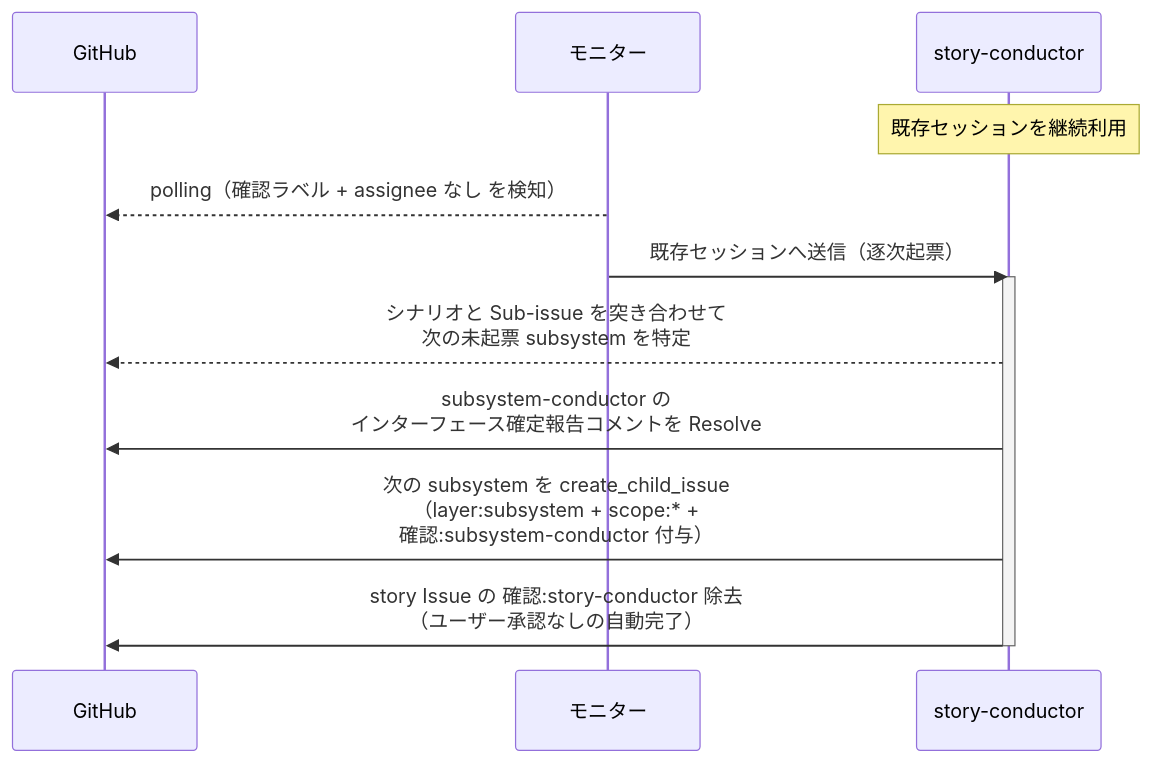
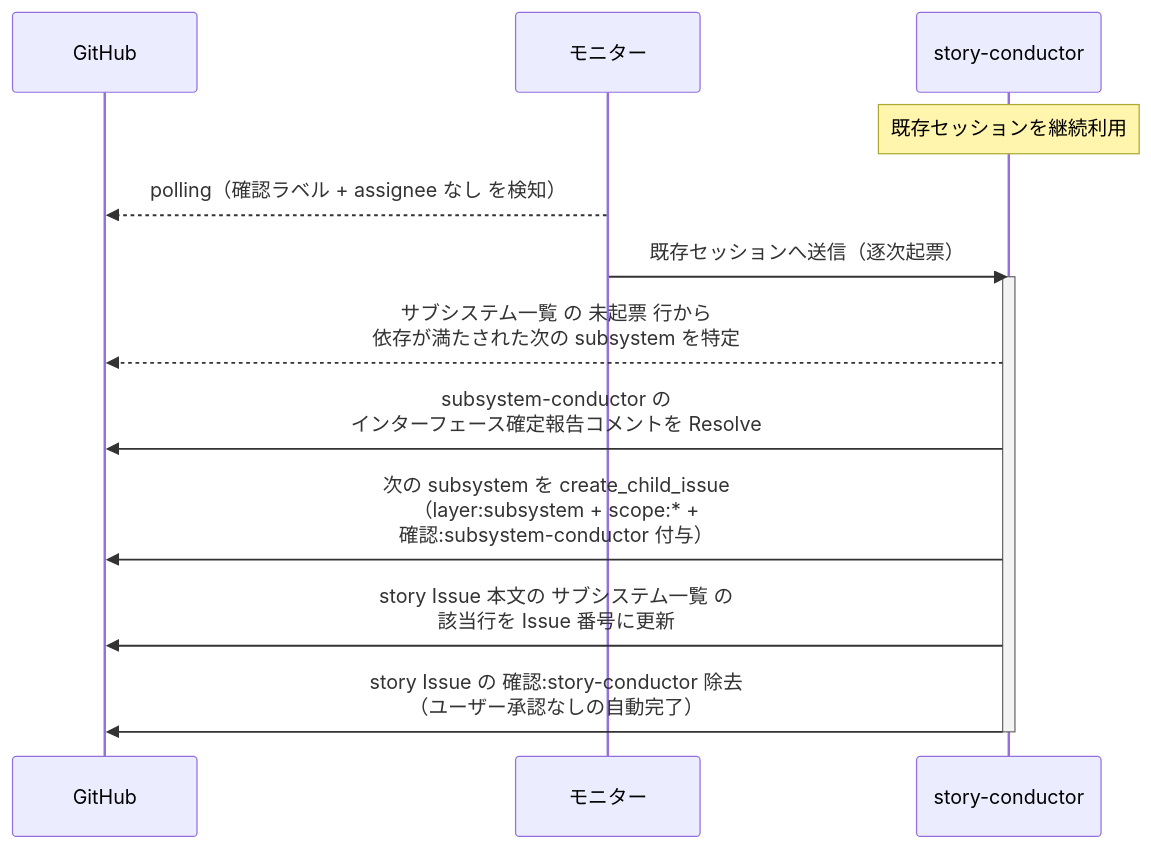
Before and after one commit to shuhei1101/ai-monitor: the second of 2 diagrams in docs/wiki/設計図/シナリオ/単一ユースケース/子subsystem起票.md, drawn with Mermaid. The commit also changed other lines of this file and 48 other files, not shown here.

````diff
--- a/docs/wiki/設計図/シナリオ/単一ユースケース/子subsystem起票.md
+++ b/docs/wiki/設計図/シナリオ/単一ユースケース/子subsystem起票.md
@@ -68,16 +70,17 @@
 ```mermaid
 sequenceDiagram
   participant GH as GitHub
   participant ORC as モニター
   participant MON as story-conductor
 
   Note over MON: 既存セッションを継続利用
   ORC-->>GH: polling（確認ラベル + assignee なし を検知）
   ORC->>MON: 既存セッションへ送信（逐次起票）
   activate MON
-  MON-->>GH: シナリオと Sub-issue を突き合わせて<br>次の未起票 subsystem を特定
+  MON-->>GH: サブシステム一覧 の 未起票 行から<br>依存が満たされた次の subsystem を特定
   MON->>GH: subsystem-conductor の<br>インターフェース確定報告コメントを Resolve
   MON->>GH: 次の subsystem を create_child_issue<br>（layer:subsystem + scope:* +<br>確認:subsystem-conductor 付与）
+  MON->>GH: story Issue 本文の サブシステム一覧 の<br>該当行を Issue 番号に更新
   MON->>GH: story Issue の 確認:story-conductor 除去<br>（ユーザー承認なしの自動完了）
   deactivate MON
 ```
````
